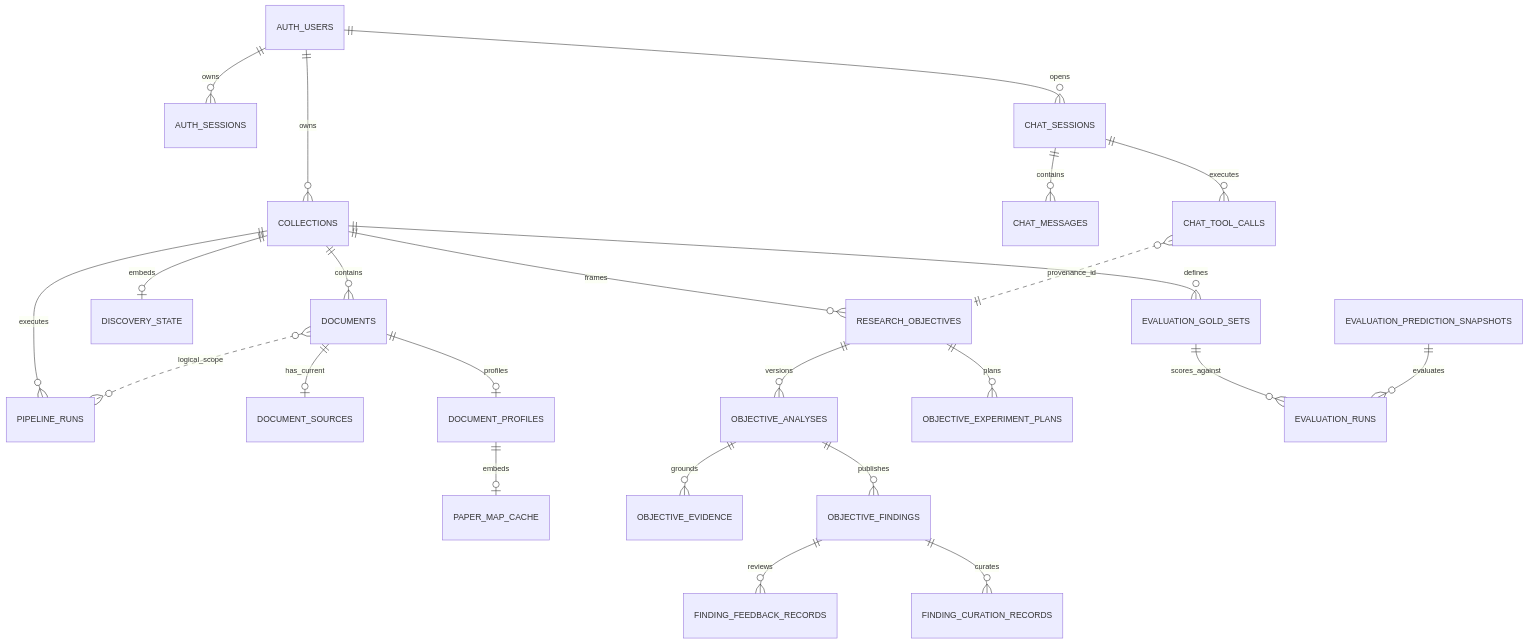
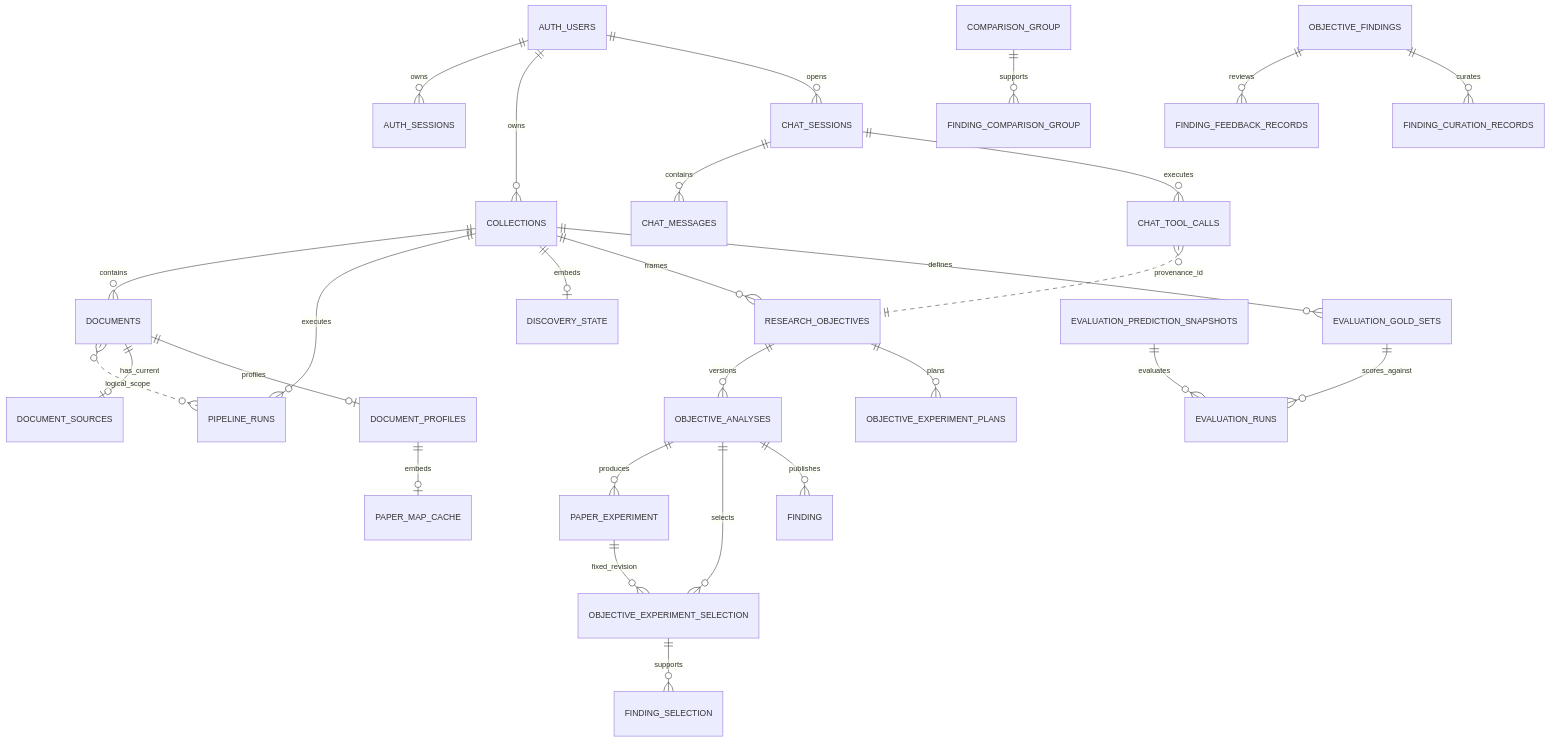
The second of 2 diagrams in backend/docs/architecture/database.md (JeanphiloGong/tsingai-lens), drawn with Mermaid before and after one commit. The commit also changed other lines of this file and 9 other files, not shown here.

First line of the commit message:
docs(objective): align architecture with experiment graph

````diff
--- a/backend/docs/architecture/database.md
+++ b/backend/docs/architecture/database.md
@@ -326,26 +330,30 @@
 ```mermaid
 erDiagram
     AUTH_USERS ||--o{ AUTH_SESSIONS : owns
     AUTH_USERS ||--o{ COLLECTIONS : owns
     AUTH_USERS ||--o{ CHAT_SESSIONS : opens
     COLLECTIONS ||--o{ DOCUMENTS : contains
     COLLECTIONS ||--o{ PIPELINE_RUNS : executes
     DOCUMENTS }o..o{ PIPELINE_RUNS : logical_scope
     DOCUMENTS ||--o| DOCUMENT_SOURCES : has_current
     DOCUMENTS ||--o| DOCUMENT_PROFILES : profiles
     DOCUMENT_PROFILES ||--o| PAPER_MAP_CACHE : embeds
     COLLECTIONS ||--o| DISCOVERY_STATE : embeds
     COLLECTIONS ||--o{ RESEARCH_OBJECTIVES : frames
     RESEARCH_OBJECTIVES ||--o{ OBJECTIVE_ANALYSES : versions
-    OBJECTIVE_ANALYSES ||--o{ OBJECTIVE_EVIDENCE : grounds
-    OBJECTIVE_ANALYSES ||--o{ OBJECTIVE_FINDINGS : publishes
+    OBJECTIVE_ANALYSES ||--o{ PAPER_EXPERIMENT : produces
+    OBJECTIVE_ANALYSES ||--o{ OBJECTIVE_EXPERIMENT_SELECTION : selects
+    PAPER_EXPERIMENT ||--o{ OBJECTIVE_EXPERIMENT_SELECTION : fixed_revision
+    OBJECTIVE_EXPERIMENT_SELECTION ||--o{ FINDING_SELECTION : supports
+    COMPARISON_GROUP ||--o{ FINDING_COMPARISON_GROUP : supports
+    OBJECTIVE_ANALYSES ||--o{ FINDING : publishes
     CHAT_SESSIONS ||--o{ CHAT_MESSAGES : contains
     CHAT_SESSIONS ||--o{ CHAT_TOOL_CALLS : executes
     RESEARCH_OBJECTIVES ||--o{ OBJECTIVE_EXPERIMENT_PLANS : plans
     OBJECTIVE_FINDINGS ||--o{ FINDING_FEEDBACK_RECORDS : reviews
     OBJECTIVE_FINDINGS ||--o{ FINDING_CURATION_RECORDS : curates
     COLLECTIONS ||--o{ EVALUATION_GOLD_SETS : defines
     EVALUATION_GOLD_SETS ||--o{ EVALUATION_RUNS : scores_against
     EVALUATION_PREDICTION_SNAPSHOTS ||--o{ EVALUATION_RUNS : evaluates
     CHAT_TOOL_CALLS }o..|| RESEARCH_OBJECTIVES : provenance_id
 ```
````
